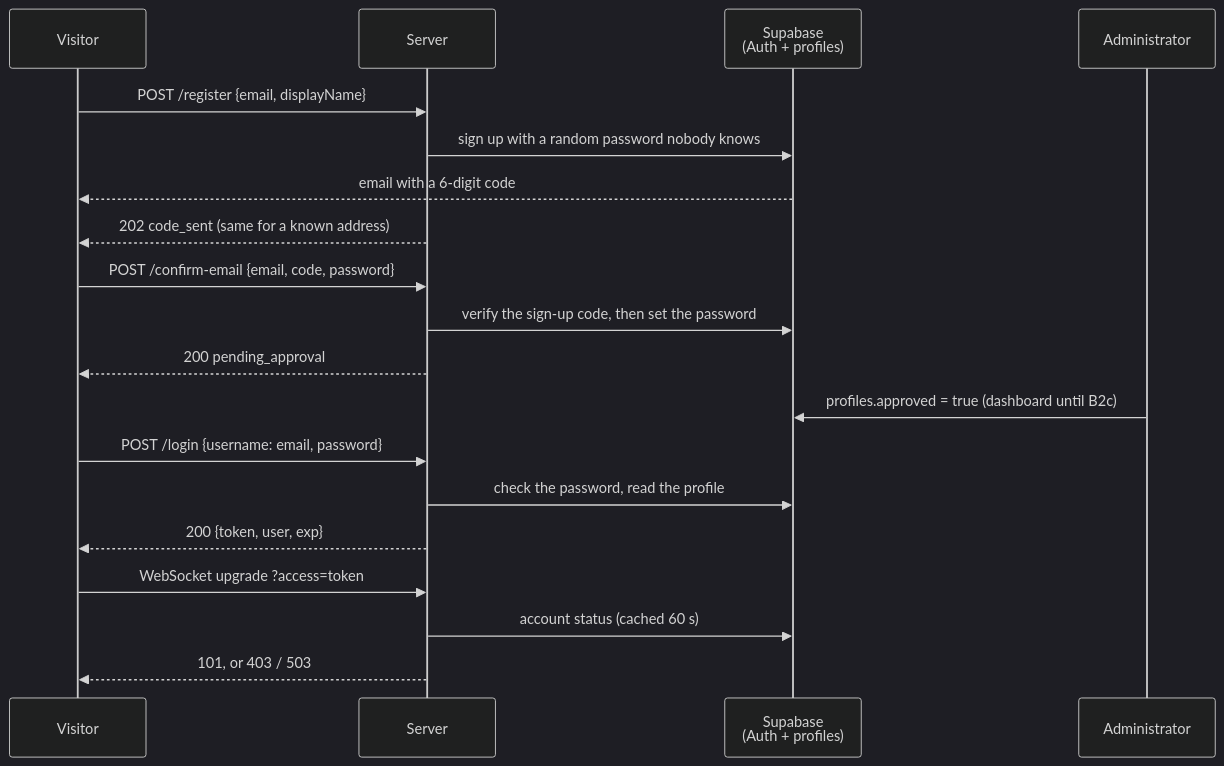
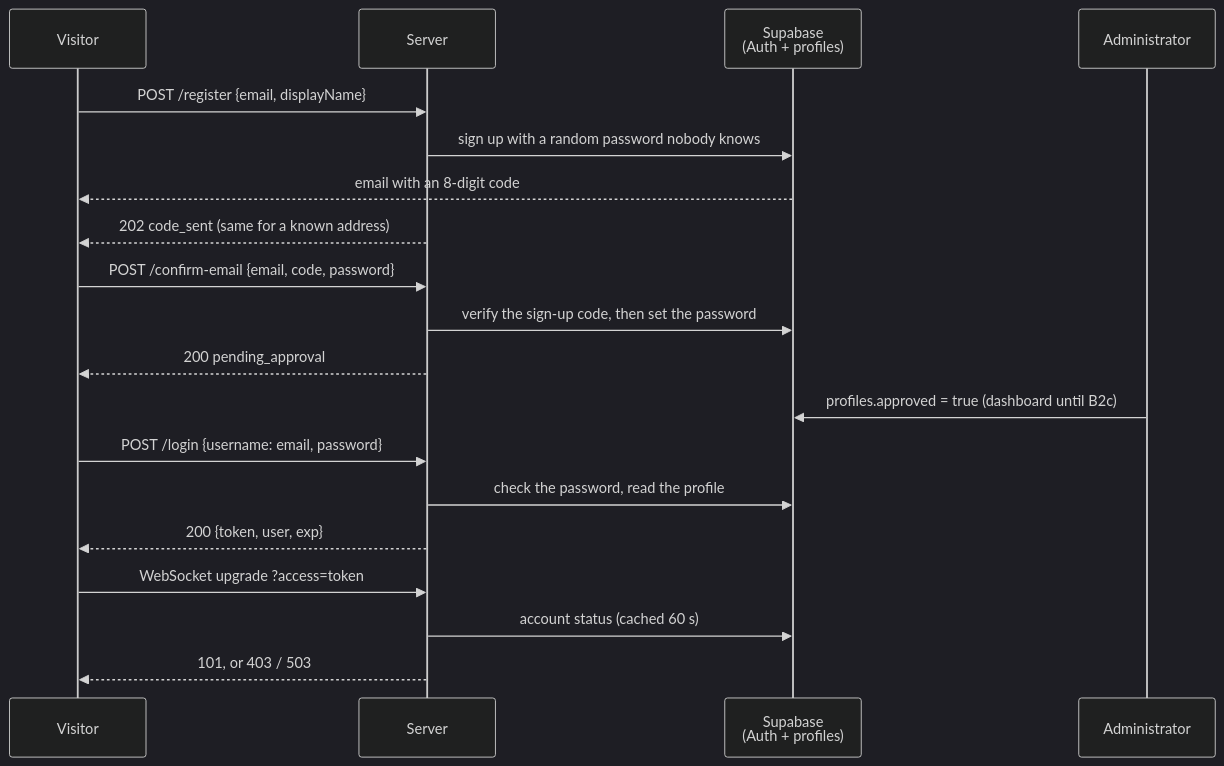
One commit to bettersoftware-io/ReactiveTraderCloudClone changed the second of 2 diagrams in docs/authentication.md. Above: the diagram before and after it, drawn with Mermaid (dark theme). The commit also changed other lines of this file and 15 other files, not shown here.

````diff
--- a/docs/authentication.md
+++ b/docs/authentication.md
@@ -482,22 +482,22 @@
 ```mermaid
 sequenceDiagram
     participant V as Visitor
     participant S as Server
     participant DB as Supabase<br/>(Auth + profiles)
     participant A as Administrator
 
     V->>S: POST /register {email, displayName}
     S->>DB: sign up with a random password nobody knows
-    DB-->>V: email with a 6-digit code
+    DB-->>V: email with an 8-digit code
     S-->>V: 202 code_sent (same for a known address)
     V->>S: POST /confirm-email {email, code, password}
     S->>DB: verify the sign-up code, then set the password
     S-->>V: 200 pending_approval
     A->>DB: profiles.approved = true (dashboard until B2c)
     V->>S: POST /login {username: email, password}
     S->>DB: check the password, read the profile
     S-->>V: 200 {token, user, exp}
     V->>S: WebSocket upgrade ?access=token
     S->>DB: account status (cached 60 s)
     S-->>V: 101, or 403 / 503
 ```
````
